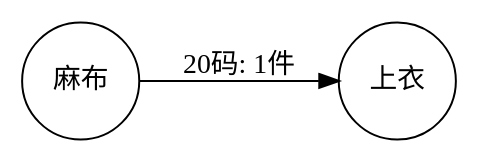
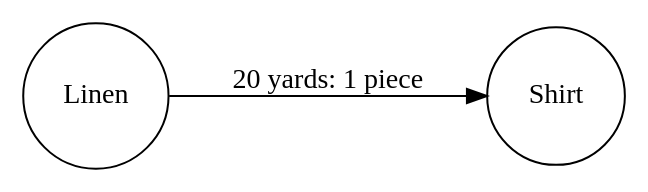
Before and after one commit to Wangsutan/Kapital: the diagram in 资本的生产过程/价值形式理论/价值形式/graphs_generated/simple.dot, drawn with Graphviz. The commit also changed 82 other files, not shown here.

```diff
--- a/资本的生产过程/价值形式理论/价值形式/graphs_generated/simple.dot
+++ b/资本的生产过程/价值形式理论/价值形式/graphs_generated/simple.dot
@@ -1,5 +1,5 @@
 digraph 价值形式理论 {
     rankdir=LR;
     node [shape=circle];
-    "麻布" -> "上衣" [label="20码: 1件"];
+    "Linen" -> "Shirt" [label="20 yards: 1 piece"];
 }
```
